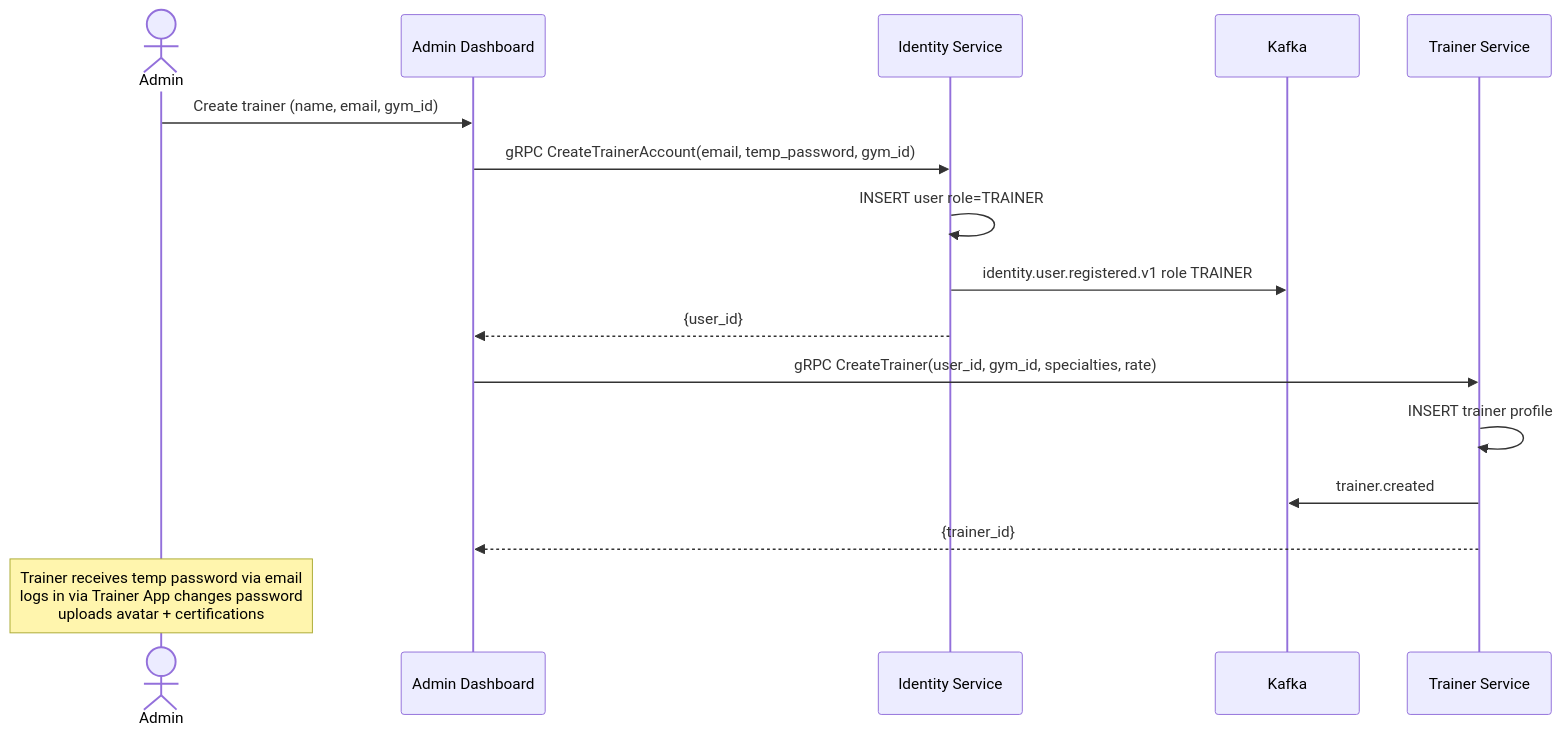
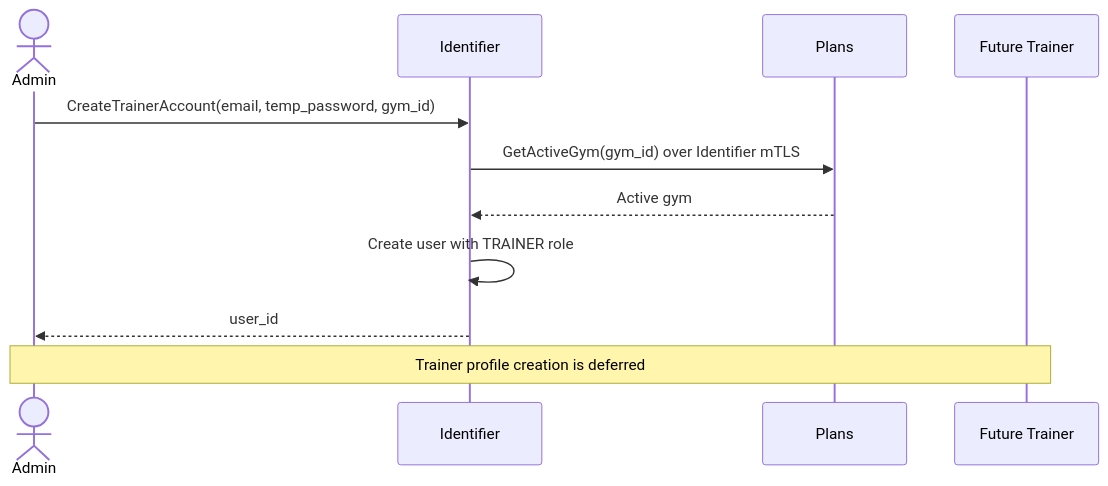
Before and after one commit to pploc/gym-architect: the seventh of 7 diagrams in flows/01-business-flows.md, drawn with Mermaid. The commit also changed other lines of this file and 16 other files, not shown here.

First line of the commit message:
docs: freeze Plans split roadmap through G8

````diff
--- a/flows/01-business-flows.md
+++ b/flows/01-business-flows.md
@@ -490,21 +208,14 @@
 ```mermaid
 sequenceDiagram
     actor A as Admin
-    participant DASH as Admin Dashboard
-    participant IS as Identity Service
-    participant KF as Kafka
-    participant TS as Trainer Service
+    participant ID as Identifier
+    participant PL as Plans
+    participant TS as Future Trainer
 
-    A->>DASH: Create trainer (name, email, gym_id)
-    DASH->>IS: gRPC CreateTrainerAccount(email, temp_password, gym_id)
-    IS->>IS: INSERT user role=TRAINER
-    IS->>KF: identity.user.registered.v1 role TRAINER
-    IS-->>DASH: {user_id}
-
-    DASH->>TS: gRPC CreateTrainer(user_id, gym_id, specialties, rate)
-    TS->>TS: INSERT trainer profile
-    TS->>KF: trainer.created
-    TS-->>DASH: {trainer_id}
-
-    Note over A: Trainer receives temp password via email<br/>logs in via Trainer App changes password<br/>uploads avatar + certifications
+    A->>ID: CreateTrainerAccount(email, temp_password, gym_id)
+    ID->>PL: GetActiveGym(gym_id) over Identifier mTLS
+    PL-->>ID: Active gym
+    ID->>ID: Create user with TRAINER role
+    ID-->>A: user_id
+    Note over A,TS: Trainer profile creation is deferred
 ```
````
